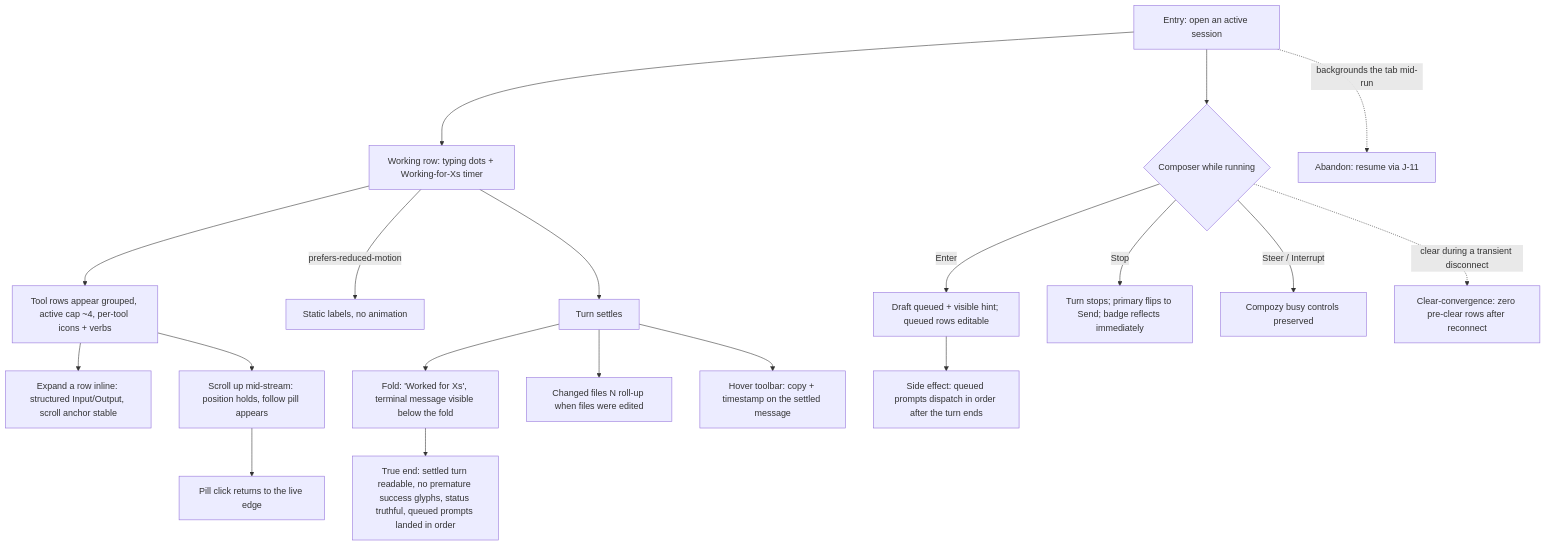
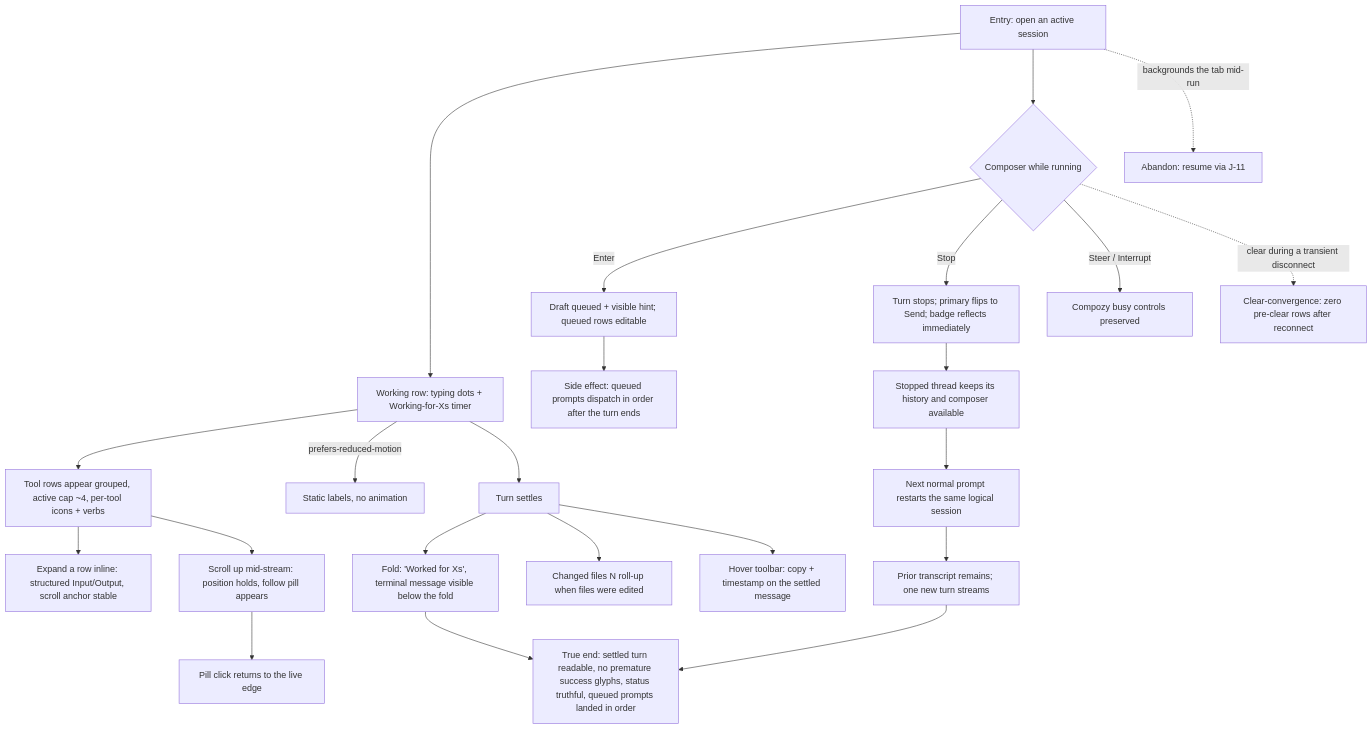
Before and after one commit to compozy/compozy: the diagram in docs/qa/journeys/J-13-follow-a-live-run.md, drawn with Mermaid. The commit also changed other lines of this file and 190 other files, not shown here.

````diff
--- a/docs/qa/journeys/J-13-follow-a-live-run.md
+++ b/docs/qa/journeys/J-13-follow-a-live-run.md
@@ -5,21 +5,25 @@
 ```mermaid
 flowchart TD
     E[Entry: open an active session] --> W[Working row: typing dots + Working-for-Xs timer]
     W --> TR[Tool rows appear grouped, active cap ~4, per-tool icons + verbs]
     TR --> EX[Expand a row inline: structured Input/Output, scroll anchor stable]
     TR --> SCRL[Scroll up mid-stream: position holds, follow pill appears]
     SCRL --> PILL[Pill click returns to the live edge]
     W -->|prefers-reduced-motion| RM[Static labels, no animation]
     E --> C{Composer while running}
     C -->|Enter| Q[Draft queued + visible hint; queued rows editable]
     C -->|Stop| STP[Turn stops; primary flips to Send; badge reflects immediately]
+    STP --> READY[Stopped thread keeps its history and composer available]
+    READY --> RESTART[Next normal prompt restarts the same logical session]
+    RESTART --> SAME[Prior transcript remains; one new turn streams]
     C -->|Steer / Interrupt| SI[Compozy busy controls preserved]
     Q --> DQ[Side effect: queued prompts dispatch in order after the turn ends]
     W --> SET[Turn settles]
     SET --> F[Fold: 'Worked for Xs', terminal message visible below the fold]
     SET --> CF[Changed files N roll-up when files were edited]
     SET --> HT[Hover toolbar: copy + timestamp on the settled message]
     C -.->|clear during a transient disconnect| CLR[Clear-convergence: zero pre-clear rows after reconnect]
     E -.->|backgrounds the tab mid-run| AB[Abandon: resume via J-11]
     F --> TE[True end: settled turn readable, no premature success glyphs, status truthful, queued prompts landed in order]
+    SAME --> TE
 ```
````
